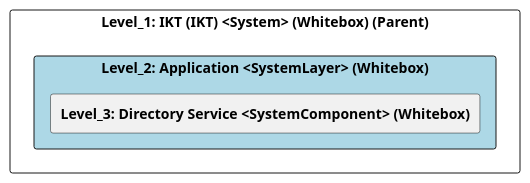
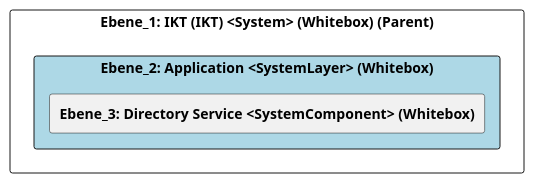
Before and after one commit to marcozwyssig/cleon: the diagram in src/cleon.architecturemethods.arc42.sample/doc/cleon_architecturemethods_arc42_sample_system/adoc/de/05_bausteinsicht/ikt/application/ebene_2_application.adoc, drawn with PlantUML. The commit also changed other lines of this file and 148 other files, not shown here.

```diff
--- a/src/cleon.architecturemethods.arc42.sample/doc/cleon_architecturemethods_arc42_sample_system/adoc/de/05_bausteinsicht/ikt/application/ebene_2_application.adoc
+++ b/src/cleon.architecturemethods.arc42.sample/doc/cleon_architecturemethods_arc42_sample_system/adoc/de/05_bausteinsicht/ikt/application/ebene_2_application.adoc
@@ -20,24 +20,24 @@
-[plantuml, Level_2: Application <SystemLayer> (Whitebox)BlockOverview, format="svg"]
+[plantuml, Ebene_2: Application <SystemLayer> (Whitebox)BlockOverview, format="svg"]
 ----
-@startuml Level_2: Application <SystemLayer> (Whitebox)BuildingBlockOverview
+@startuml Ebene_2: Application <SystemLayer> (Whitebox)BuildingBlockOverview
 
 skinparam ranksep 10
 skinparam componentStyle rectangle
 skinparam shadowing false
 skinparam arrowColor lightblue
 skinparam arrowThickness 1.2
 skinparam rectangle {
   BackgroundColor White
   BorderColor #333
   RoundCorner 10
 }
 top to bottom direction
 
-component "Level_1: IKT (IKT) <System> (Whitebox) (Parent)" {
-    component "Level_2: Application <SystemLayer> (Whitebox)" #lightblue {
-        [**Level_3: Directory Service <SystemComponent> (Whitebox)**] as 88301D91_219A_11F0_83AE_DF5418A109A4
+component "Ebene_1: IKT (IKT) <System> (Whitebox) (Parent)" {
+    component "Ebene_2: Application <SystemLayer> (Whitebox)" #lightblue {
+        [**Ebene_3: Directory Service <SystemComponent> (Whitebox)**] as 88301D91_219A_11F0_83AE_DF5418A109A4
     }
 }
 
 @enduml
 ----
```
